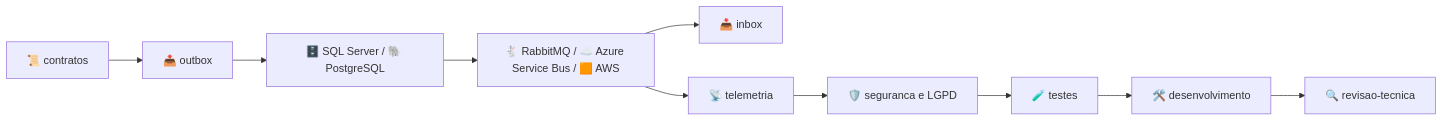
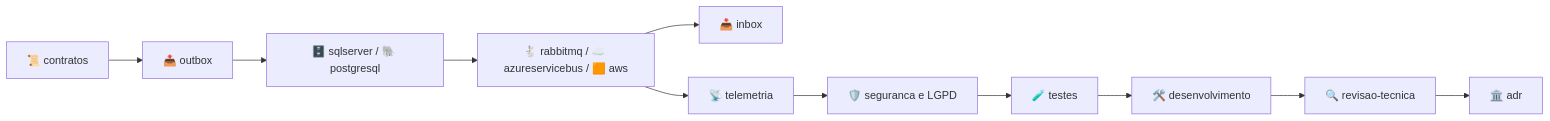
One commit to tudoemcodigo/lib-tec-messaging changed the diagram in docs/README.md. Above: the diagram before and after it, drawn with Mermaid. The commit also changed other lines of this file and 47 other files, not shown here.

````diff
--- a/docs/README.md
+++ b/docs/README.md
@@ -37,12 +57,13 @@
 ```mermaid
 flowchart LR
     C["📜 contratos"] --> O["📤 outbox"]
-    O --> DB["🗄️ SQL Server / 🐘 PostgreSQL"]
-    DB --> BROKERS["🐇 RabbitMQ / ☁️ Azure Service Bus / 🟧 AWS"]
+    O --> DB["🗄️ sqlserver / 🐘 postgresql"]
+    DB --> BROKERS["🐇 rabbitmq / ☁️ azureservicebus / 🟧 aws"]
     BROKERS --> I["📥 inbox"]
     BROKERS --> T["📡 telemetria"]
     T --> S["🛡️ seguranca e LGPD"]
     S --> TS["🧪 testes"]
     TS --> D["🛠️ desenvolvimento"]
     D --> RV["🔍 revisao-tecnica"]
+    RV --> ADR["🏛️ adr"]
 ```
````
